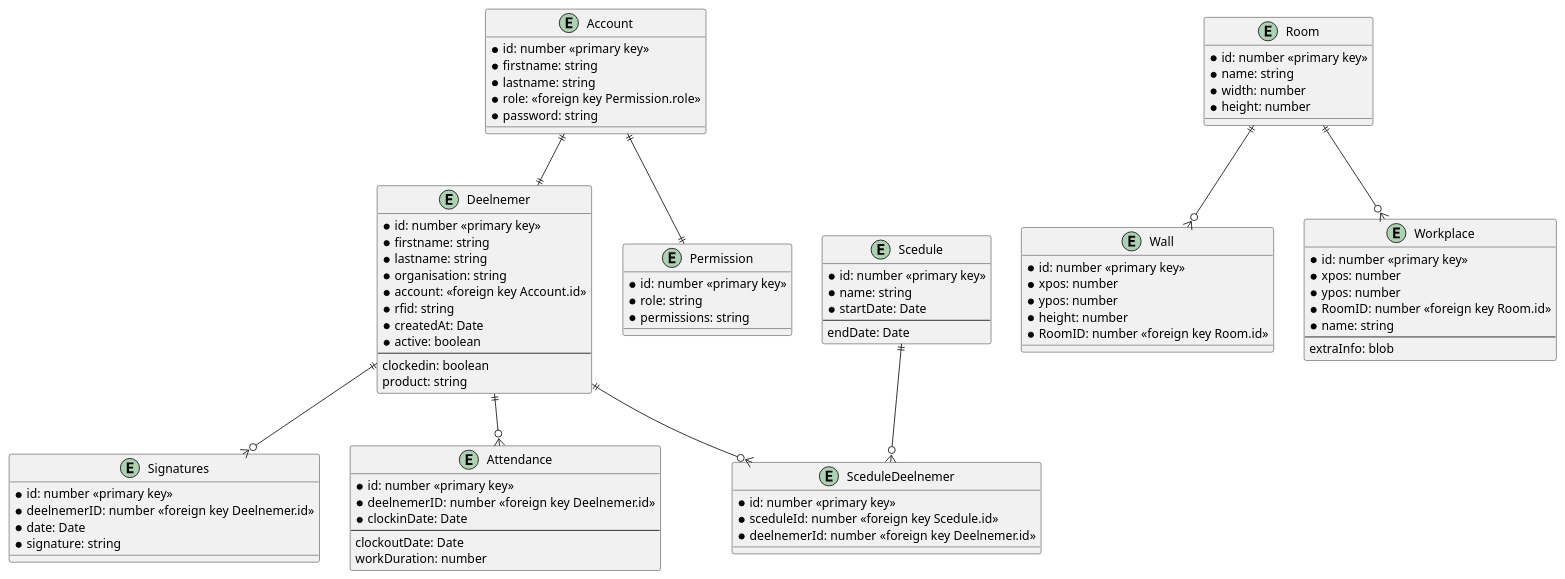
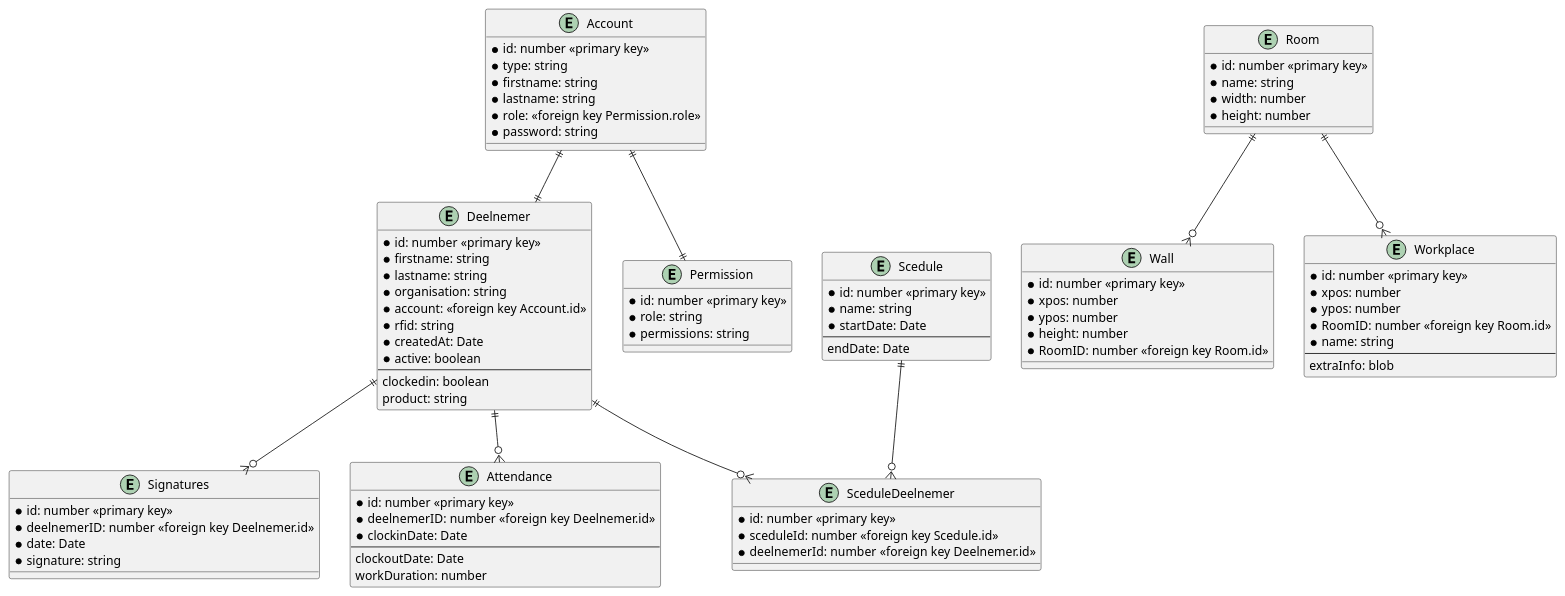
The diagram in documentation/databasemodel.plantuml (BitsEnBytesICT/Bits-Bytes-management-platform), drawn with PlantUML before and after one commit.

Commit message:
updated erd

```diff
--- a/documentation/databasemodel.plantuml
+++ b/documentation/databasemodel.plantuml
@@ -1,94 +1,95 @@
 @startuml
 
 entity Account {
     * id: number <<primary key>>
+    * type: string
     * firstname: string
     * lastname: string
     * role: <<foreign key Permission.role>>
     * password: string
 }
 
 entity Deelnemer {
     * id: number <<primary key>>
     * firstname: string
     * lastname: string
     * organisation: string
     * account: <<foreign key Account.id>>
     * rfid: string
     * createdAt: Date
     * active: boolean
     --
     clockedin: boolean
     product: string
 }
 
 entity Signatures {
     * id: number <<primary key>>
     * deelnemerID: number <<foreign key Deelnemer.id>>
     * date: Date
     * signature: string
 }
 
 entity Attendance {
     * id: number <<primary key>>
     * deelnemerID: number <<foreign key Deelnemer.id>>
     * clockinDate: Date
     --
     clockoutDate: Date
     workDuration: number
 }
 
 entity Permission {
     * id: number <<primary key>>
     * role: string
     * permissions: string
 }
 
 entity Room {
     * id: number <<primary key>>
     * name: string
     * width: number
     * height: number
 }
 
 entity Wall {
     * id: number <<primary key>>
     * xpos: number
     * ypos: number
     * height: number
     * RoomID: number <<foreign key Room.id>>
 }
 
 entity Workplace {
     * id: number <<primary key>>
     * xpos: number
     * ypos: number
     * RoomID: number <<foreign key Room.id>>
     * name: string
     --
     extraInfo: blob
 }
 
 entity Scedule {
     * id: number <<primary key>>
     * name: string
     * startDate: Date
     --
     endDate: Date
 }
 
 entity SceduleDeelnemer {
     * id: number <<primary key>>
     * sceduleId: number <<foreign key Scedule.id>>
     * deelnemerId: number <<foreign key Deelnemer.id>>
 }
 
 Account ||--|| Permission
 Account ||--|| Deelnemer
 Deelnemer ||--o{ Signatures
 Deelnemer ||--o{ Attendance
 Deelnemer ||--o{ SceduleDeelnemer
 Scedule ||--o{ SceduleDeelnemer
 Room ||--o{ Wall
 Room ||--o{ Workplace
 @enduml
```
